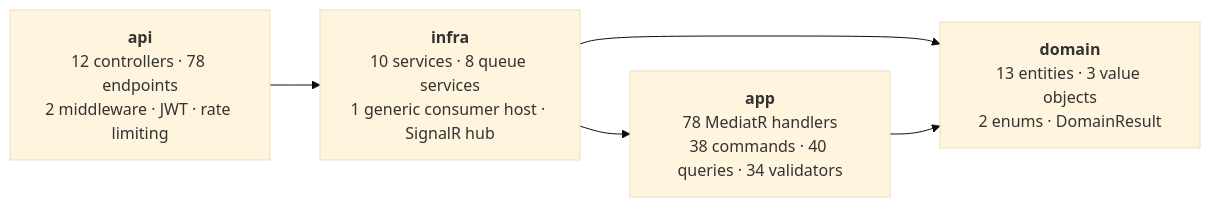
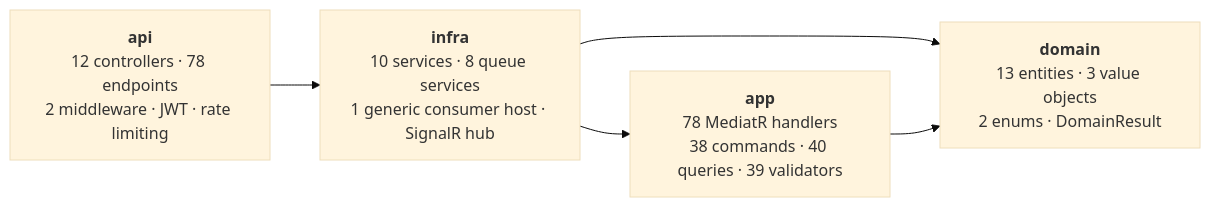
The diagram in doc/project-overview.md (Datnguynx110605/Bump_Server), drawn with Mermaid (base theme) before and after one commit. The commit also changed other lines of this file and 35 other files, not shown here.

````diff
--- a/doc/project-overview.md
+++ b/doc/project-overview.md
@@ -83,12 +87,12 @@
 ```mermaid
 graph LR
     api["<b>api</b><br/>12 controllers · 78 endpoints<br/>2 middleware · JWT · rate limiting"]
     infra["<b>infra</b><br/>10 services · 8 queue services<br/>1 generic consumer host · SignalR hub"]
-    app["<b>app</b><br/>78 MediatR handlers<br/>38 commands · 40 queries · 34 validators"]
+    app["<b>app</b><br/>78 MediatR handlers<br/>38 commands · 40 queries · 39 validators"]
     domain["<b>domain</b><br/>13 entities · 3 value objects<br/>2 enums · DomainResult"]
 
     api --> infra
     infra --> app
     infra --> domain
     app --> domain
 ```
````
